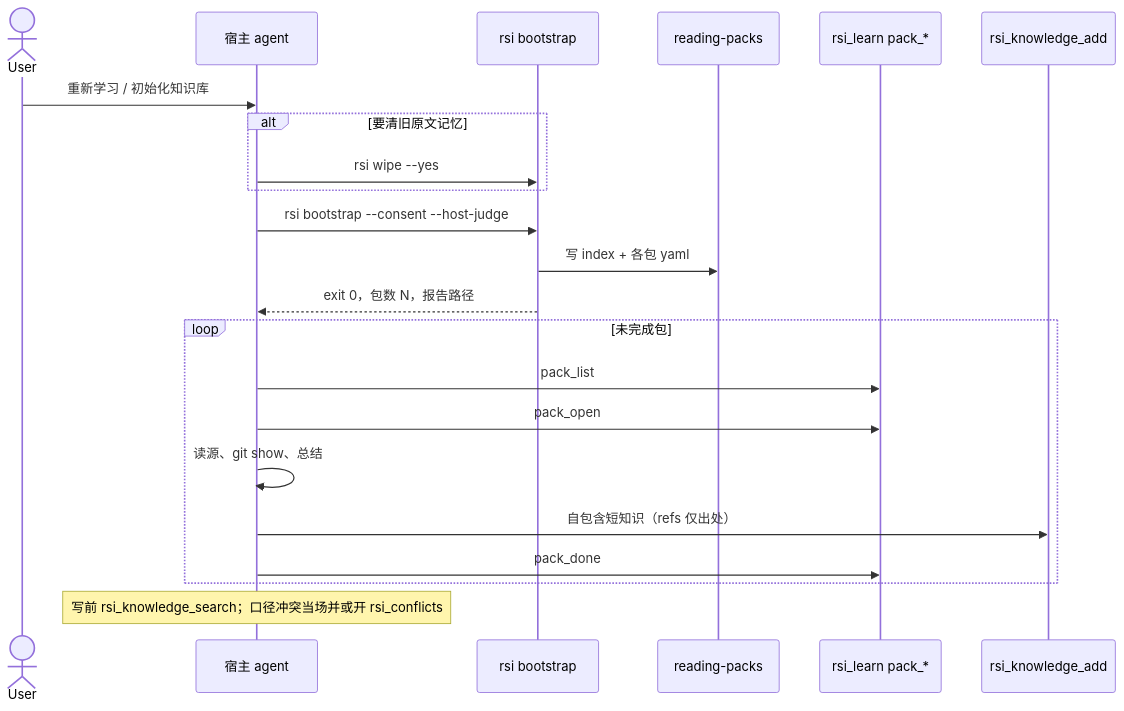
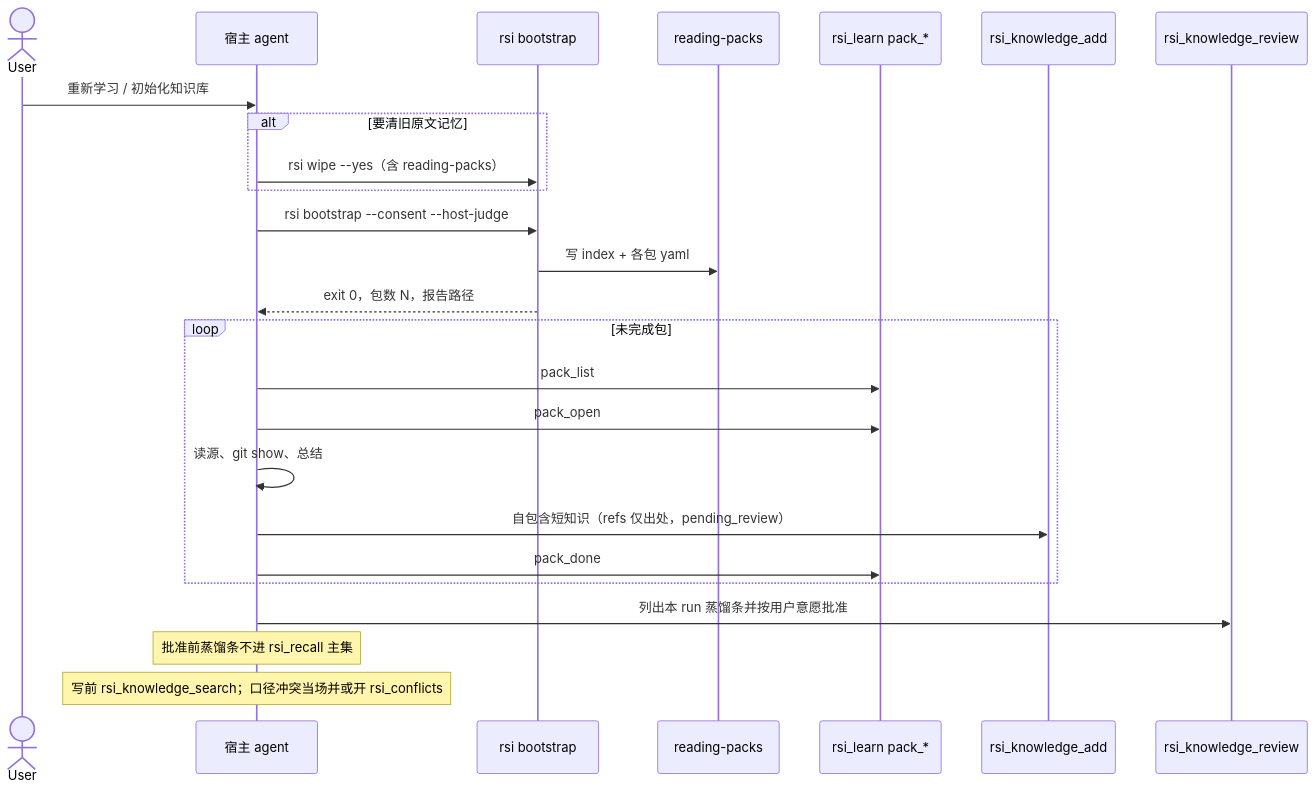
Before and after one commit to Apollo-lwx/rsi-boot: the second of 2 diagrams in docs/superpowers/specs/2026-09-14-host-distill-knowledge-design.md, drawn with Mermaid. The commit also changed other lines of this file and 38 other files, not shown here.

First line of the commit message:
feat: host-distill reading packs, weak-hit recall filter, README cleanup

````diff
--- a/docs/superpowers/specs/2026-09-14-host-distill-knowledge-design.md
+++ b/docs/superpowers/specs/2026-09-14-host-distill-knowledge-design.md
@@ -104,25 +110,28 @@
 ```mermaid
 sequenceDiagram
     actor User
     participant Agent as 宿主 agent
     participant Boot as rsi bootstrap
     participant Pack as reading-packs
     participant Learn as rsi_learn pack_*
     participant Know as rsi_knowledge_add
+    participant Review as rsi_knowledge_review
 
     User->>Agent: 重新学习 / 初始化知识库
     alt 要清旧原文记忆
-        Agent->>Boot: rsi wipe --yes
+        Agent->>Boot: rsi wipe --yes（含 reading-packs）
     end
     Agent->>Boot: rsi bootstrap --consent --host-judge
     Boot->>Pack: 写 index + 各包 yaml
     Boot-->>Agent: exit 0，包数 N，报告路径
     loop 未完成包
         Agent->>Learn: pack_list
         Agent->>Learn: pack_open
         Agent->>Agent: 读源、git show、总结
-        Agent->>Know: 自包含短知识（refs 仅出处）
+        Agent->>Know: 自包含短知识（refs 仅出处，pending_review）
         Agent->>Learn: pack_done
     end
+    Agent->>Review: 列出本 run 蒸馏条并按用户意愿批准
+    Note over Agent: 批准前蒸馏条不进 rsi_recall 主集
     Note over Agent: 写前 rsi_knowledge_search；口径冲突当场并或开 rsi_conflicts
 ```
````
